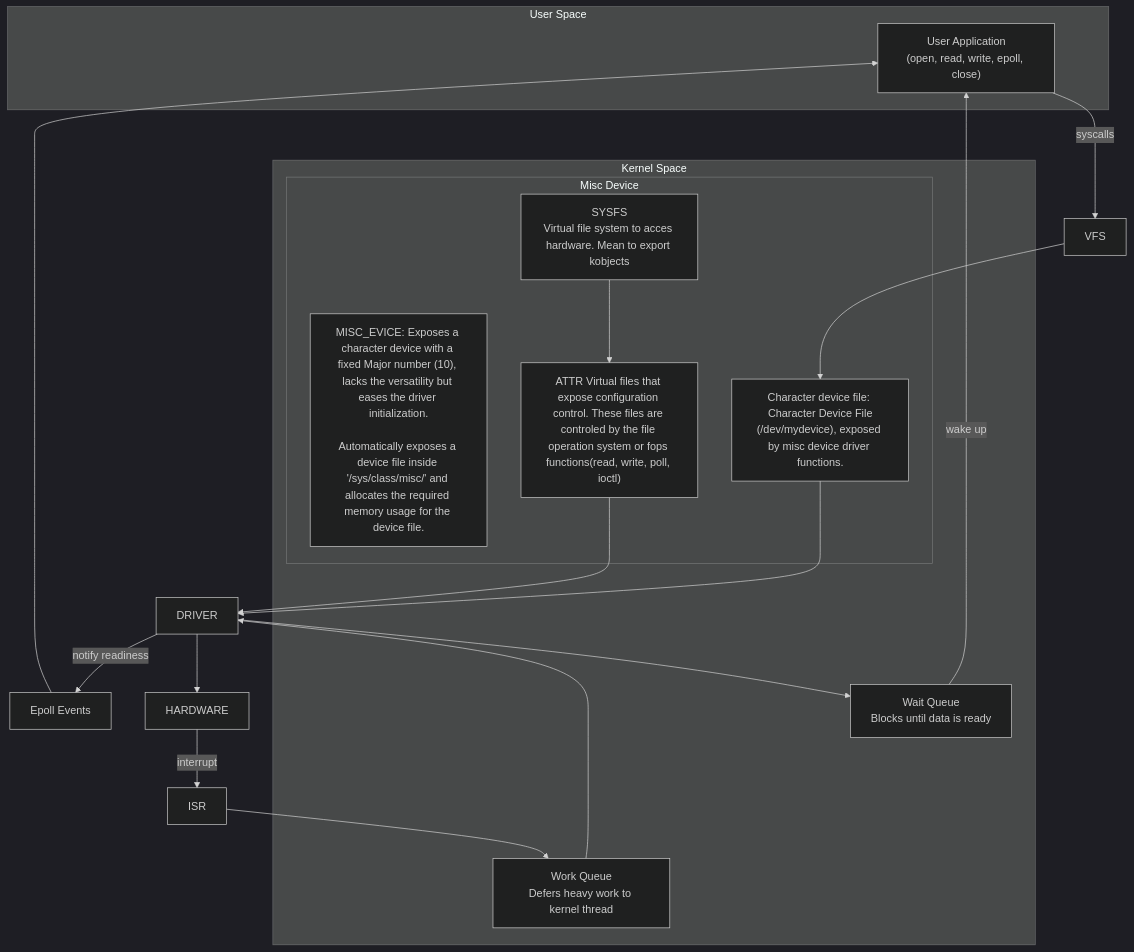
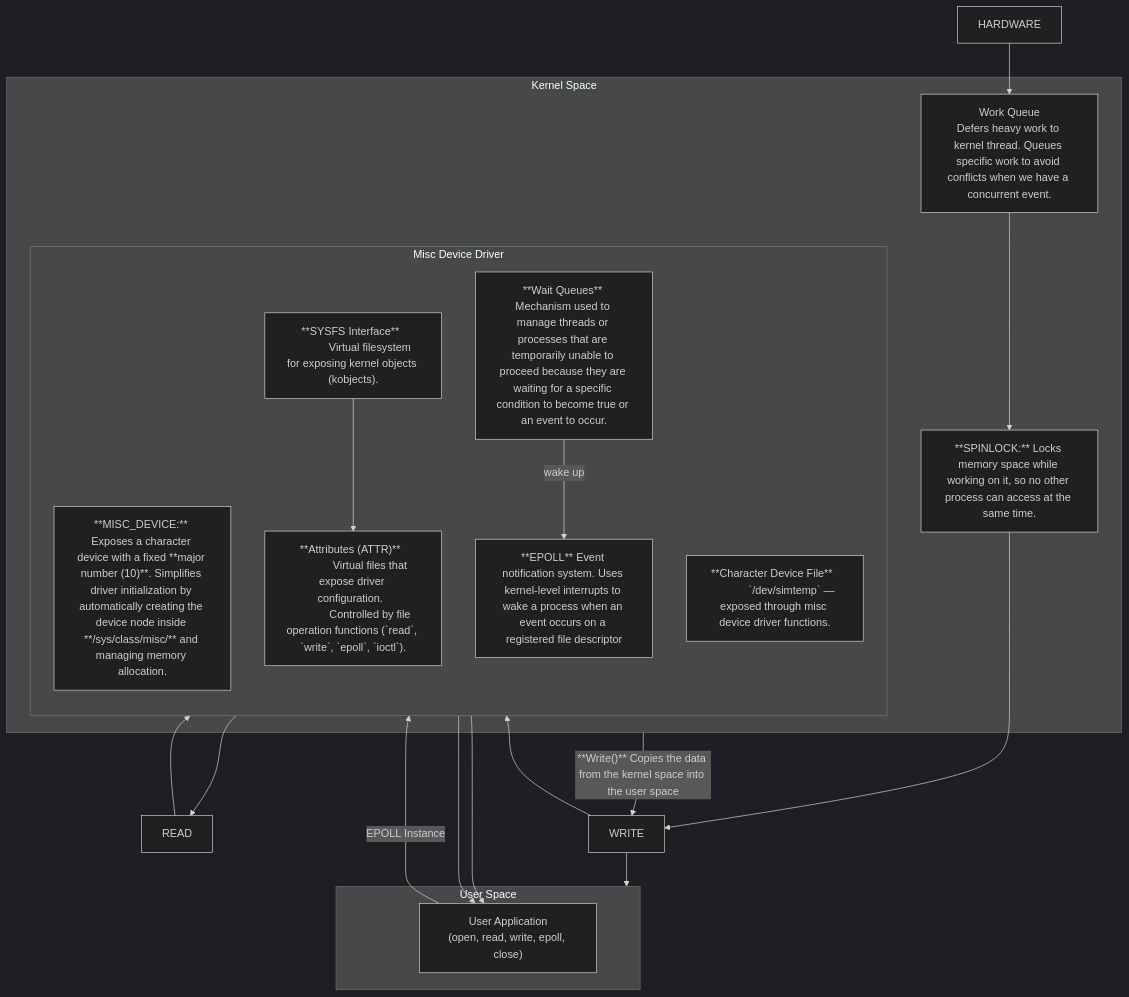
One commit to DaniRodAg/nxp_simtemp changed the diagram in docs/DESIGN.md. Above: the diagram before and after it, drawn with Mermaid (dark theme). The commit also changed other lines of this file, not shown here.

First line of the commit message:
Fix formatting in DESIGN.md for MISC_DEVICE description

````diff
--- a/docs/DESIGN.md
+++ b/docs/DESIGN.md
@@ -1,44 +1,51 @@
 ```mermaid
 flowchart TB
     %% ===========
     %% USER SPACE
     %% ===========
     subgraph USER_SPACE["User Space"]
         APP["User Application\n(open, read, write, epoll, close)"]
     end
 
     %% ===========
     %% KERNEL SPACE
     %% ===========
     subgraph KERNEL_SPACE["Kernel Space"]
-        subgraph MISC_DEVICE_DRIVER["Misc Device"]
-            MISC_DEVICE["MISC_EVICE: Exposes a character device with a fixed Major number (10), lacks the versatility but eases the driver initialization.
-                         Automatically exposes a device file inside '/sys/class/misc/' and allocates the required memory usage for the device file."]
-            CHAR_FILE["Character device file: Character Device File\n(/dev/mydevice), exposed by misc device driver functions."]
-            SYSFS["SYSFS\nVirtual file system to acces hardware. Mean to export kobjects"]
-            ATTR["ATTR Virtual files that expose configuration control. These files are controled by the file operation system or fops functions(read, write, poll, ioctl)"]
+        subgraph MISC_DEVICE_DRIVER["Misc Device Driver"]
+            direction TB
+            note1["**MISC_DEVICE:** Exposes a character device with a fixed **major number (10)**. Simplifies driver initialization by automatically creating the device node inside **/sys/class/misc/** and managing memory allocation."]
+            
+            CHAR_FILE["**Character Device File**  
+            `/dev/simtemp` — exposed through misc device driver functions."]
+            
+            SYSFS["**SYSFS Interface**  
+            Virtual filesystem for exposing kernel objects (kobjects)."]
+            
+            ATTR["**Attributes (ATTR)**  
+            Virtual files that expose driver configuration.  
+            Controlled by file operation functions (`read`, `write`, `epoll`, `ioctl`)."]
+
+            EPOLL["**EPOLL** Event notification system. Uses kernel-level interrupts to wake a process when an event occurs on a registered file descriptor"]
+            WAITQ["**Wait Queues** Mechanism used to manage threads or processes that are temporarily unable to proceed because they are waiting for a specific condition to become true or an event to occur."]
         end
-        WAITQ["Wait Queue\nBlocks until data is ready"]
-        WORKQ["Work Queue\nDefers heavy work to kernel thread"]
+        SPINLOCK["**SPINLOCK:** Locks memory space while working on it, so no other process can access at the same time."]
+        WORKQ["Work Queue\nDefers heavy work to kernel thread. Queues specific work to avoid conflicts when we have a concurrent event."]
     end
 
     %% ===========
     %% CONNECTIONS
     %% ===========
 
     %% Control Path
-    SYSFS --> ATTR --> DRIVER
+    SYSFS --> ATTR
 
     %% Data Path
-    APP -->|"syscalls"| VFS --> CHAR_FILE --> DRIVER
-    DRIVER --> HARDWARE
-    HARDWARE -->|"interrupt"| ISR --> WORKQ
-    WORKQ --> DRIVER
-    DRIVER --> WAITQ
-    WAITQ -->|"wake up"| APP
+    APP -->|"EPOLL Instance"| EPOLL --> READ --> CHAR_FILE --> APP
+    HARDWARE --> WORKQ --> SPINLOCK --> WRITE --> WAITQ 
 
+    KERNEL_SPACE --> |"**Write()** Copies the data from the kernel space into the user space"| WRITE --> USER_SPACE
+ 
     %% Epoll notification path
-    DRIVER -->|"notify readiness"| EPOLL["Epoll Events"]
-    EPOLL --> APP
+    WAITQ -->|"wake up"| EPOLL --> APP
 
 ```
````
